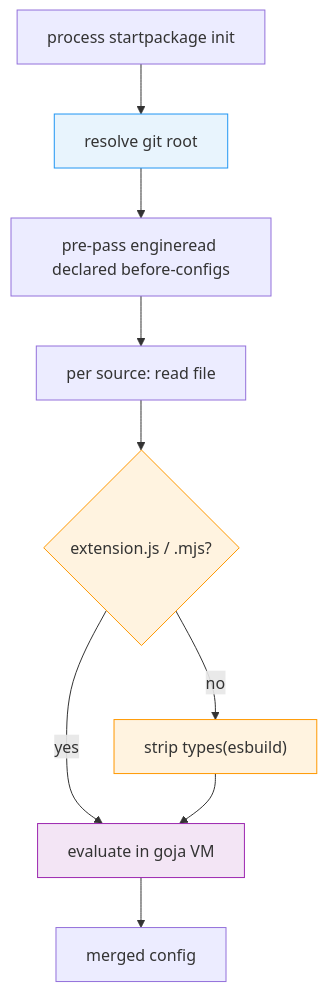
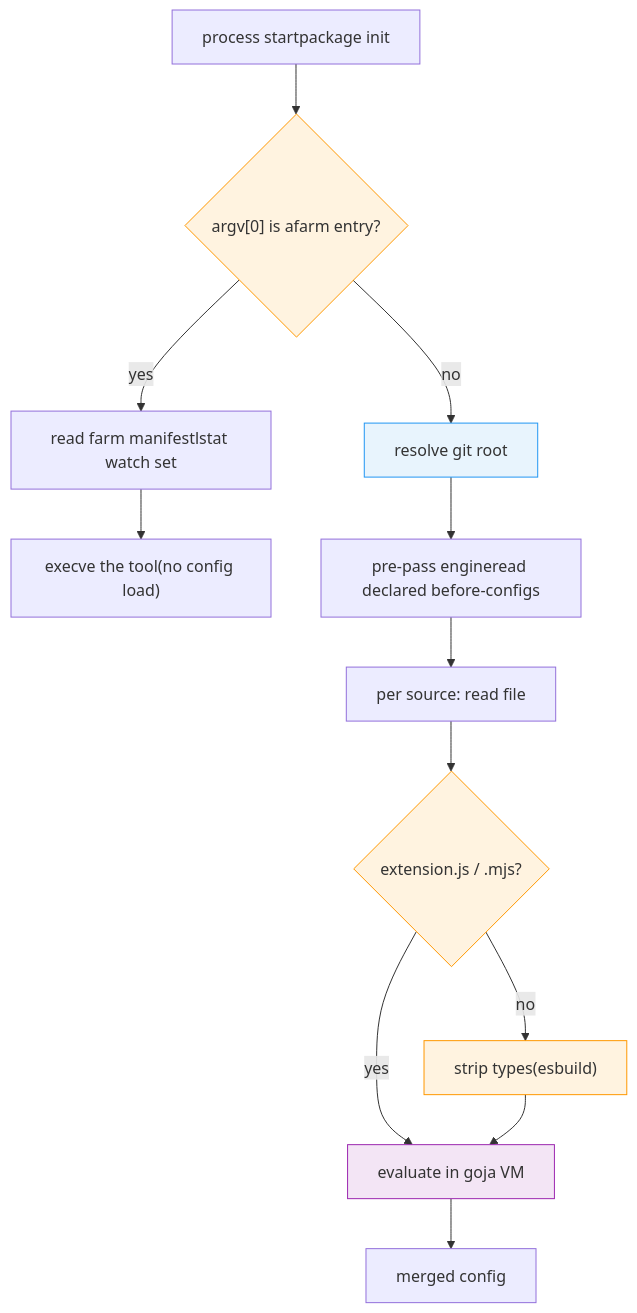
One commit to datamitsu/datamitsu changed the diagram in internal/llmsdocs/embed/pages/guides/architecture/startup.md. Above: the diagram before and after it, drawn with Mermaid. The commit also changed other lines of this file and 83 other files, not shown here.

````diff
--- a/internal/llmsdocs/embed/pages/guides/architecture/startup.md
+++ b/internal/llmsdocs/embed/pages/guides/architecture/startup.md
@@ -9,16 +15,20 @@
 ```mermaid
 graph TD
-    A["process startpackage init"] --> B["resolve git root"]
+    A["process startpackage init"] --> S{"argv[0] is afarm entry?"}
+    S -->|yes| S1["read farm manifestlstat watch set"]
+    S1 --> S2["execve the tool(no config load)"]
+    S -->|no| B["resolve git root"]
     B --> C["pre-pass engineread declared before-configs"]
     C --> D["per source: read file"]
     D --> E{"extension.js / .mjs?"}
     E -->|yes| G["evaluate in goja VM"]
     E -->|no| F["strip types(esbuild)"]
     F --> G
     G --> H["merged config"]
 
     style B fill:#e8f4fd,stroke:#2196f3
+    style S fill:#fff3e0,stroke:#ff9800
     style E fill:#fff3e0,stroke:#ff9800
     style F fill:#fff3e0,stroke:#ff9800
     style G fill:#f3e5f5,stroke:#9c27b0
 ```
````
